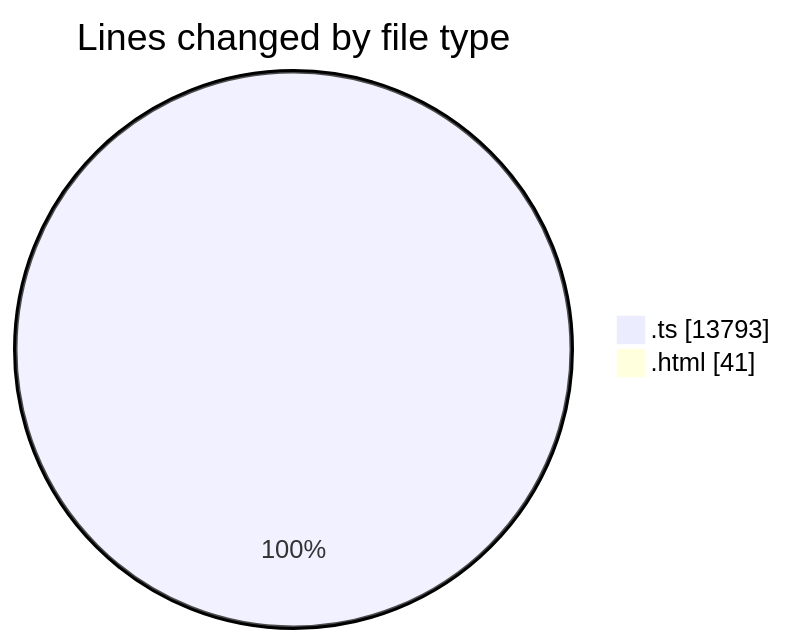
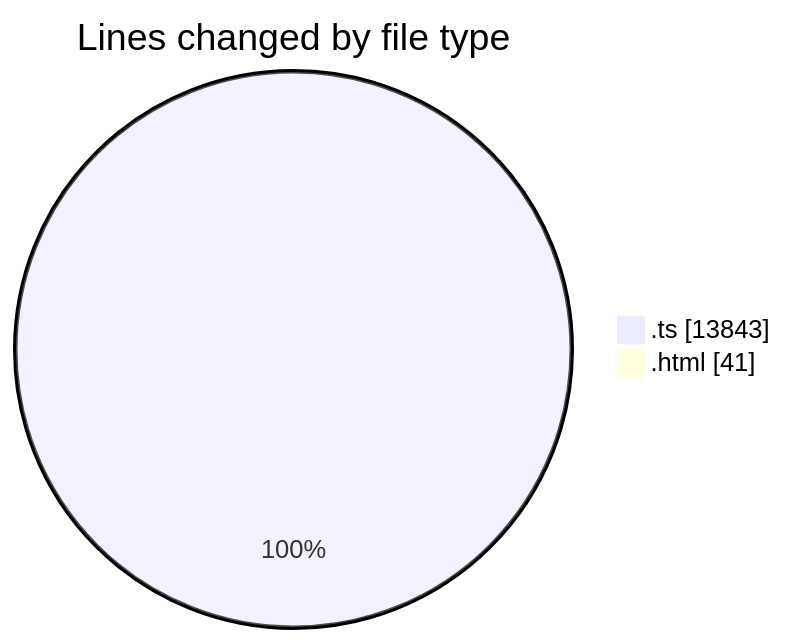
The first of 2 diagrams in 2026-02-08/singularitybrainai/README.md (tmsrecording-cyber/code-tracking), drawn with Mermaid before and after one commit. The commit also changed other lines of this file and 1 other file, not shown here.

````diff
--- a/2026-02-08/singularitybrainai/README.md
+++ b/2026-02-08/singularitybrainai/README.md
@@ -38,6 +38,6 @@
 ```mermaid
 pie showData
 title Lines changed by file type
-".ts" : 13793
+".ts" : 13843
 ".html" : 41
 ```
````
